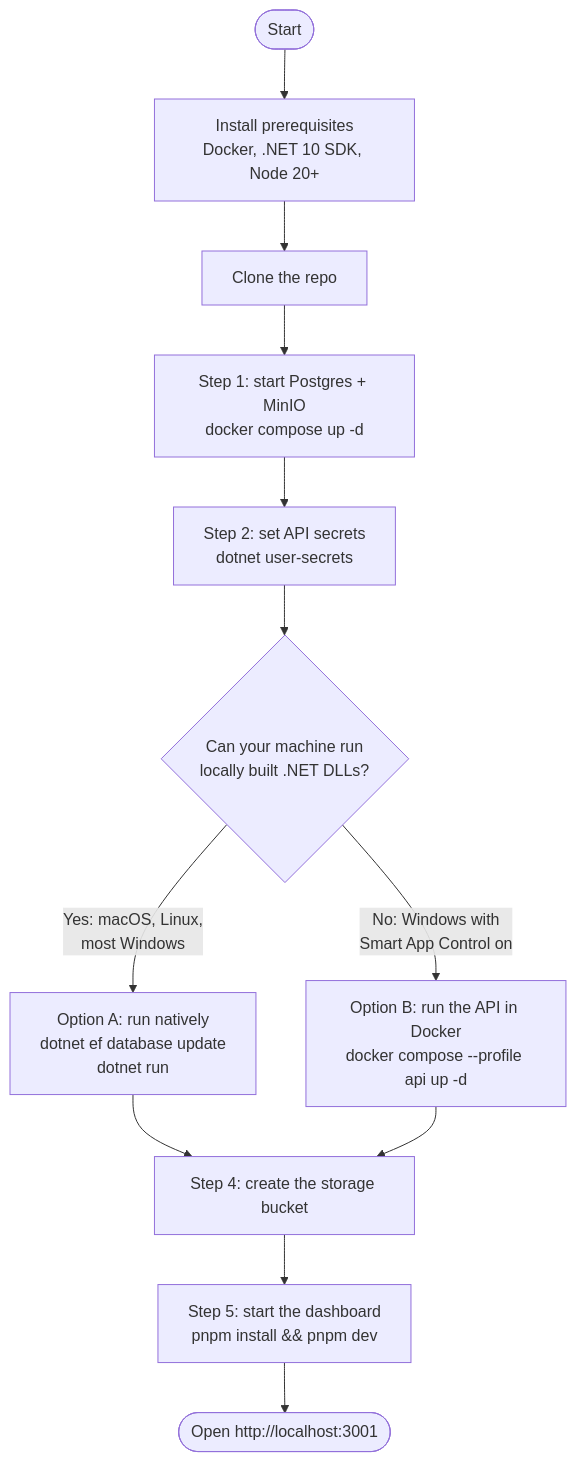
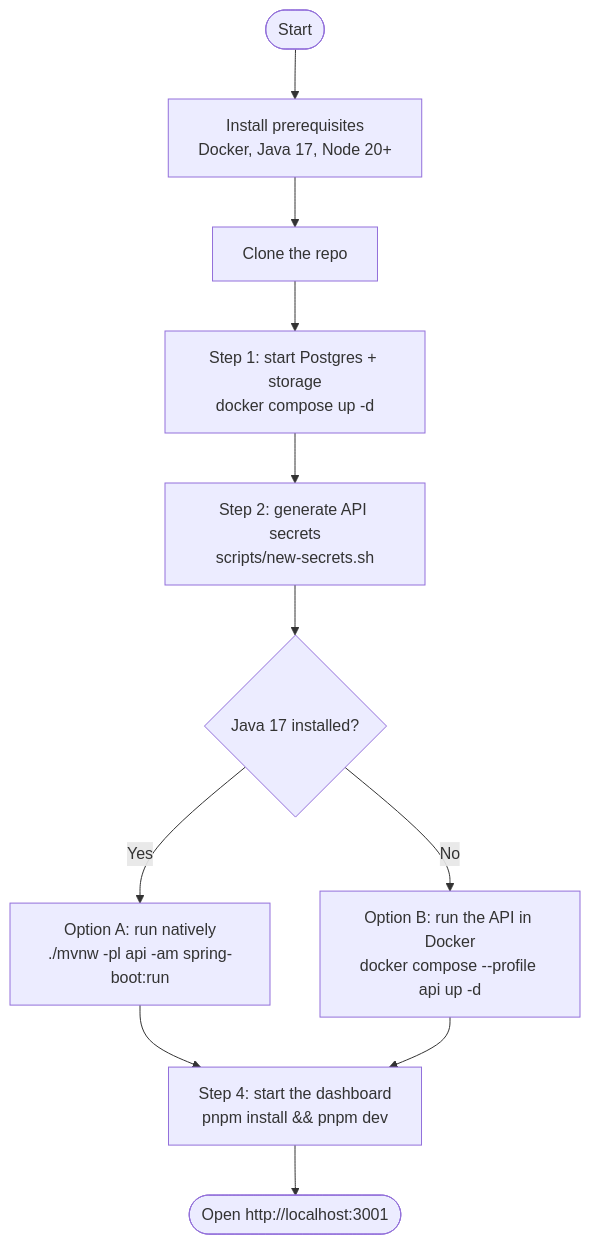
The fourth of 12 diagrams in README.md (Ridzzz0Alam/supavolt), drawn with Mermaid before and after one commit. The commit also changed other lines of this file and 8 other files, not shown here.

````diff
--- a/README.md
+++ b/README.md
@@ -181,14 +182,13 @@
 ```mermaid
 flowchart TD
-    start([Start]) --> prereq["Install prerequisites<br/>Docker, .NET 10 SDK, Node 20+"]
+    start([Start]) --> prereq["Install prerequisites<br/>Docker, Java 17, Node 20+"]
     prereq --> clone["Clone the repo"]
-    clone --> infra["Step 1: start Postgres + MinIO<br/>docker compose up -d"]
-    infra --> secrets["Step 2: set API secrets<br/>dotnet user-secrets"]
-    secrets --> choice{"Can your machine run<br/>locally built .NET DLLs?"}
-    choice -->|"Yes: macOS, Linux,<br/>most Windows"| native["Option A: run natively<br/>dotnet ef database update<br/>dotnet run"]
-    choice -->|"No: Windows with<br/>Smart App Control on"| docker["Option B: run the API in Docker<br/>docker compose --profile api up -d"]
-    native --> bucket["Step 4: create the storage bucket"]
-    docker --> bucket
-    bucket --> web["Step 5: start the dashboard<br/>pnpm install && pnpm dev"]
+    clone --> infra["Step 1: start Postgres + storage<br/>docker compose up -d"]
+    infra --> secrets["Step 2: generate API secrets<br/>scripts/new-secrets.sh"]
+    secrets --> choice{"Java 17 installed?"}
+    choice -->|"Yes"| native["Option A: run natively<br/>./mvnw -pl api -am spring-boot:run"]
+    choice -->|"No"| docker["Option B: run the API in Docker<br/>docker compose --profile api up -d"]
+    native --> web["Step 4: start the dashboard<br/>pnpm install && pnpm dev"]
+    docker --> web
     web --> done(["Open http://localhost:3001"])
 ```
````
